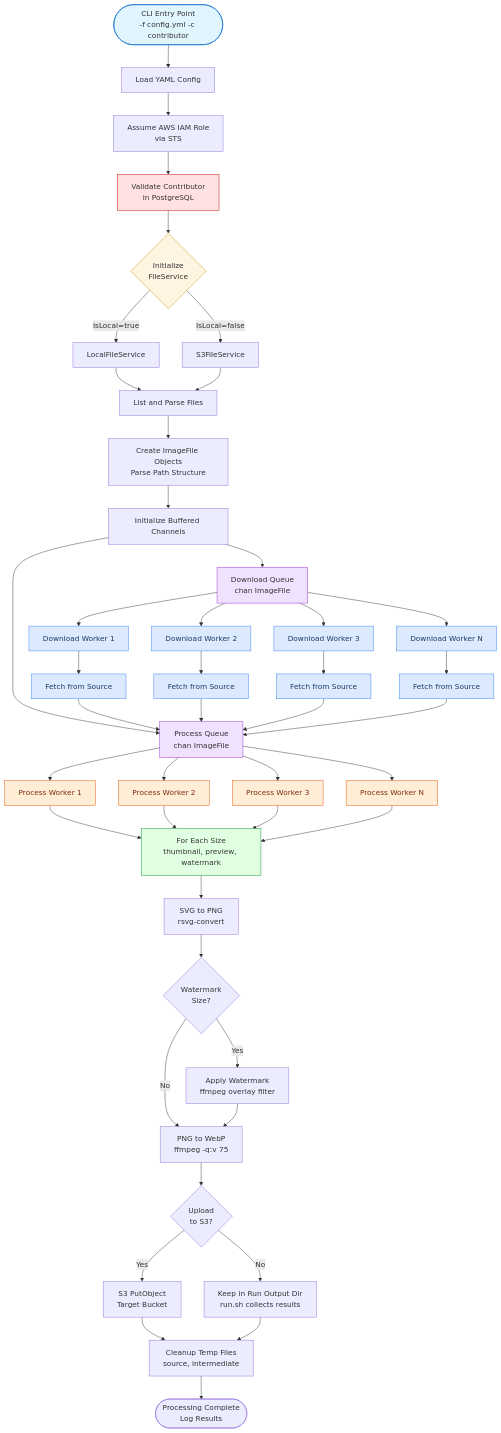
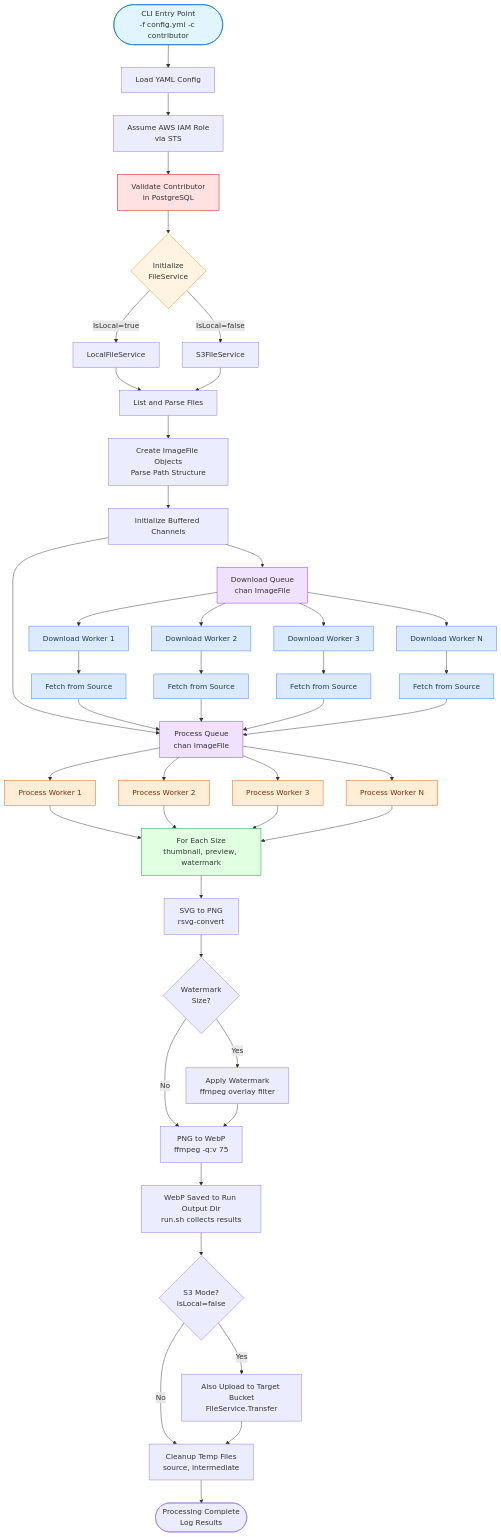
One commit to iconifyit/go-batch-svg-to-webp changed the diagram in diagrams/process-flow.mmd. Above: the diagram before and after it, drawn with Mermaid. The commit also changed 1 other file, not shown here.

Commit message:
docs: model delivery accurately - output dir write unconditional, S3 upload additional in S3 mode

```diff
--- a/diagrams/process-flow.mmd
+++ b/diagrams/process-flow.mmd
@@ -1,70 +1,70 @@
 %%{init: {'theme': 'default', 'themeVariables': {'background': '#ffffff'}}}%%
 graph TB
     START([CLI Entry Point<br/>-f config.yml -c contributor]) --> CONFIG[Load YAML Config]
 
     CONFIG --> ROLE[Assume AWS IAM Role<br/>via STS]
     ROLE --> VALIDATE[Validate Contributor<br/>in PostgreSQL]
     VALIDATE --> FILESERVICE{Initialize<br/>FileService}
 
     FILESERVICE -->|IsLocal=true| LOCAL[LocalFileService]
     FILESERVICE -->|IsLocal=false| S3FS[S3FileService]
 
     LOCAL --> LISTFILES[List and Parse Files]
     S3FS --> LISTFILES
 
     LISTFILES --> IMAGEFILES[Create ImageFile Objects<br/>Parse Path Structure]
     IMAGEFILES --> QUEUES[Initialize Buffered Channels]
 
     QUEUES --> DOWNLOADQ[Download Queue<br/>chan ImageFile]
     QUEUES --> PROCESSQ[Process Queue<br/>chan ImageFile]
 
     DOWNLOADQ --> DLW1[Download Worker 1]
     DOWNLOADQ --> DLW2[Download Worker 2]
     DOWNLOADQ --> DLW3[Download Worker 3]
     DOWNLOADQ --> DLWN[Download Worker N]
 
     DLW1 --> FETCH1[Fetch from Source]
     DLW2 --> FETCH2[Fetch from Source]
     DLW3 --> FETCH3[Fetch from Source]
     DLWN --> FETCHN[Fetch from Source]
 
     FETCH1 --> PROCESSQ
     FETCH2 --> PROCESSQ
     FETCH3 --> PROCESSQ
     FETCHN --> PROCESSQ
 
     PROCESSQ --> PW1[Process Worker 1]
     PROCESSQ --> PW2[Process Worker 2]
     PROCESSQ --> PW3[Process Worker 3]
     PROCESSQ --> PWN[Process Worker N]
 
     PW1 --> SIZES[For Each Size<br/>thumbnail, preview, watermark]
     PW2 --> SIZES
     PW3 --> SIZES
     PWN --> SIZES
     SIZES --> SVG2PNG[SVG to PNG<br/>rsvg-convert]
 
     SVG2PNG --> CHECKWM{Watermark<br/>Size?}
     CHECKWM -->|Yes| APPLYWM[Apply Watermark<br/>ffmpeg overlay filter]
     CHECKWM -->|No| PNG2WEBP[PNG to WebP<br/>ffmpeg -q:v 75]
     APPLYWM --> PNG2WEBP
 
-    PNG2WEBP --> UPLOADCHECK{Upload<br/>to S3?}
-    UPLOADCHECK -->|Yes| S3UPLOAD[S3 PutObject<br/>Target Bucket]
-    UPLOADCHECK -->|No| LOCALSAVE[Keep in Run Output Dir<br/>run.sh collects results]
+    PNG2WEBP --> WRITEOUT[WebP Saved to Run Output Dir<br/>run.sh collects results]
+    WRITEOUT --> UPLOADCHECK{S3 Mode?<br/>IsLocal=false}
+    UPLOADCHECK -->|Yes| S3UPLOAD[Also Upload to Target Bucket<br/>FileService.Transfer]
+    UPLOADCHECK -->|No| CLEANUP[Cleanup Temp Files<br/>source, intermediate]
 
-    S3UPLOAD --> CLEANUP[Cleanup Temp Files<br/>source, intermediate]
-    LOCALSAVE --> CLEANUP
+    S3UPLOAD --> CLEANUP
 
     CLEANUP --> DONE([Processing Complete<br/>Log Results])
 
     style START fill:#e1f5ff,stroke:#0066cc
     style FILESERVICE fill:#fff4e1,stroke:#cc9900
     style DOWNLOADQ fill:#f0e1ff,stroke:#9933cc
     style PROCESSQ fill:#f0e1ff,stroke:#9933cc
     style SIZES fill:#e1ffe1,stroke:#009933
     style VALIDATE fill:#ffe1e1,stroke:#cc0000
     classDef dlThread fill:#dbeafe,stroke:#3b82f6,color:#1e3a5f
     classDef pwThread fill:#ffedd5,stroke:#ea580c,color:#7c2d12
     class DLW1,DLW2,DLW3,DLWN,FETCH1,FETCH2,FETCH3,FETCHN dlThread
     class PW1,PW2,PW3,PWN pwThread
```
